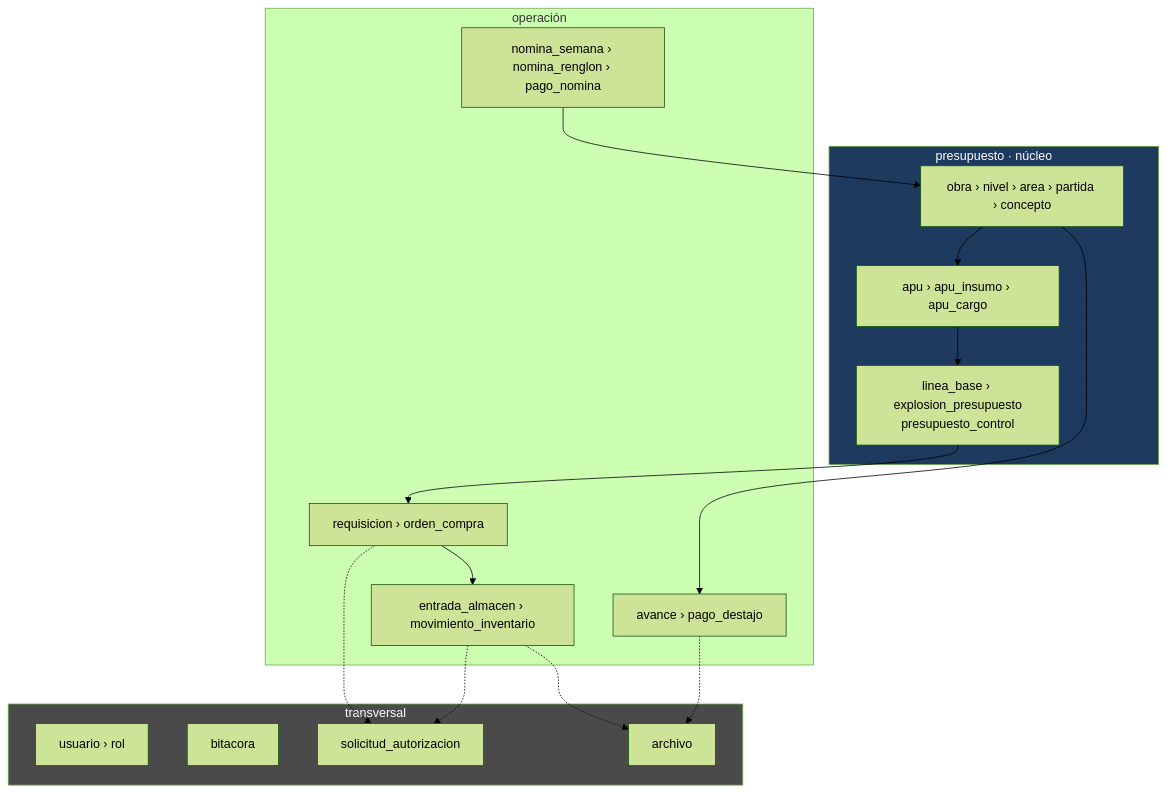
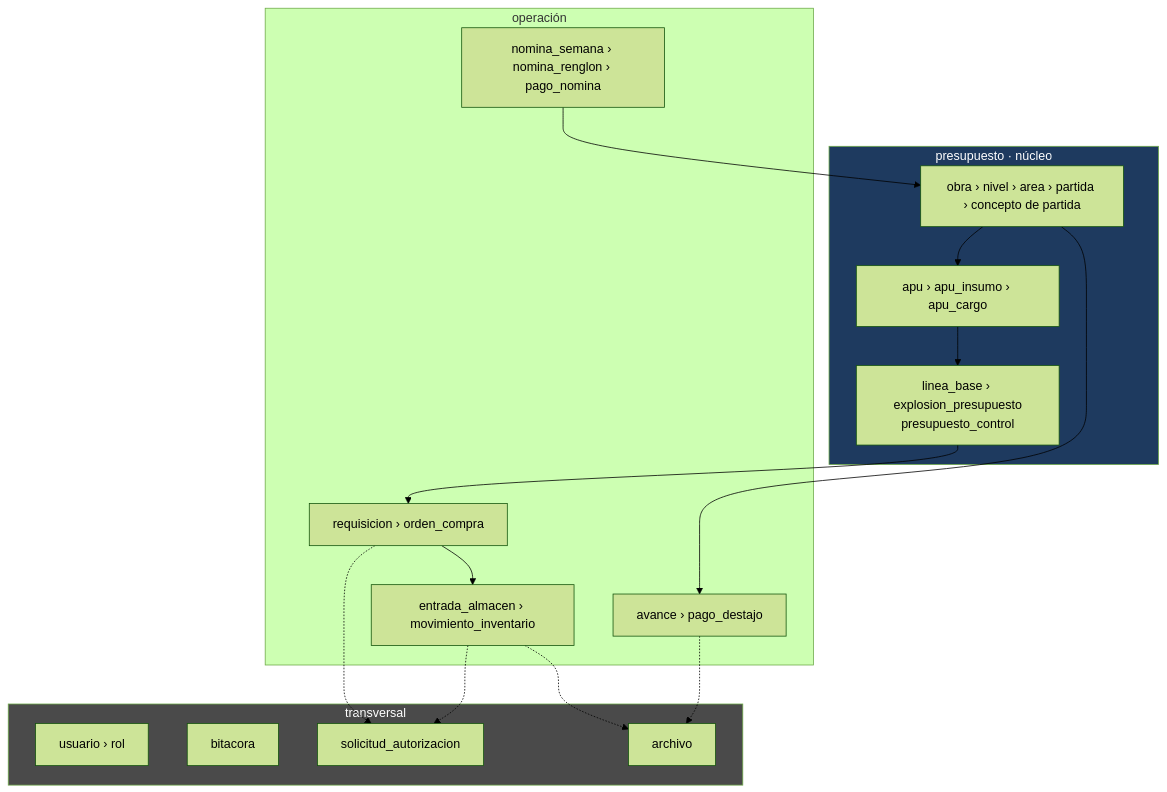
One commit to FranciscoRodSilva/IA4Devs-Proyecto-Final changed the first of 18 diagrams in docs/03-modelo-datos.md. Above: the diagram before and after it, drawn with Mermaid (forest theme). The commit also changed other lines of this file and 37 other files, not shown here.

First line of the commit message:
TKT-072 · Concepto único por obra y partida_concepto (migración 0010)

````diff
--- a/docs/03-modelo-datos.md
+++ b/docs/03-modelo-datos.md
@@ -67,34 +67,34 @@
 ```mermaid
 graph TB
     subgraph NUC["presupuesto · núcleo"]
-        OBRA["obra › nivel › area › partida › concepto"]
+        OBRA["obra › nivel › area › partida › concepto de partida"]
         APU["apu › apu_insumo › apu_cargo"]
         LB["linea_base › explosion_presupuesto<br/>presupuesto_control"]
     end
 
     subgraph OPE["operación"]
         CMP["requisicion › orden_compra"]
         ALM["entrada_almacen › movimiento_inventario"]
         AVA["avance › pago_destajo"]
         PER["nomina_semana › nomina_renglon › pago_nomina"]
     end
 
     subgraph TRA["transversal"]
         IDE["usuario › rol"]
         BIT["bitacora"]
         AUT["solicitud_autorizacion"]
         ARC["archivo"]
     end
 
     OBRA --> APU --> LB
     LB --> CMP --> ALM
     OBRA --> AVA
     PER --> OBRA
     CMP -.-> AUT
     ALM -.-> AUT
     ALM -.-> ARC
     AVA -.-> ARC
 
     style NUC fill:#1e3a5f,color:#fff
     style TRA fill:#4a4a4a,color:#fff
 ```
````
